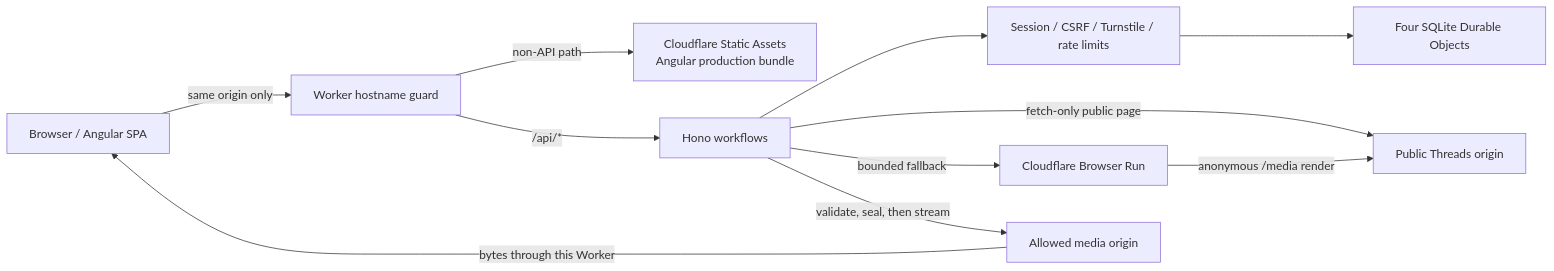
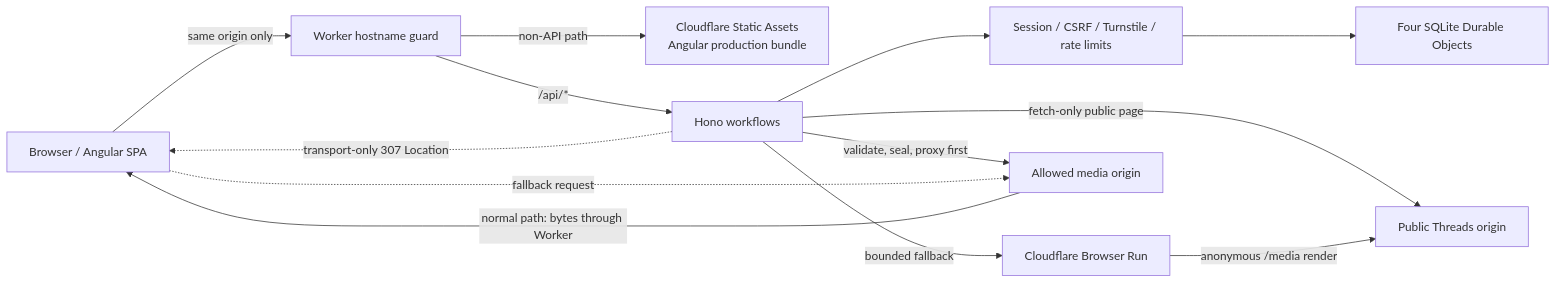
Before and after one commit to Willseed/ThreadsDownloader: the diagram in docs/operations.md, drawn with Mermaid. The commit also changed other lines of this file and 15 other files, not shown here.

Commit message:
fix(download): fall back to browser media

````diff
--- a/docs/operations.md
+++ b/docs/operations.md
@@ -25,13 +26,15 @@
 ```mermaid
 flowchart LR
   Browser["Browser / Angular SPA"] -->|"same origin only"| Guard["Worker hostname guard"]
   Guard -->|"non-API path"| Assets["Cloudflare Static Assets\nAngular production bundle"]
   Guard -->|"/api/*"| API["Hono workflows"]
   API --> Session["Session / CSRF / Turnstile / rate limits"]
   Session --> DO["Four SQLite Durable Objects"]
   API -->|"fetch-only public page"| Threads["Public Threads origin"]
   API -->|"bounded fallback"| BrowserRun["Cloudflare Browser Run"]
   BrowserRun -->|"anonymous /media render"| Threads
-  API -->|"validate, seal, then stream"| Media["Allowed media origin"]
-  Media -->|"bytes through this Worker"| Browser
+  API -->|"validate, seal, proxy first"| Media["Allowed media origin"]
+  Media -->|"normal path: bytes through Worker"| Browser
+  API -.->|"transport-only 307 Location"| Browser
+  Browser -.->|"fallback request"| Media
 ```
````
